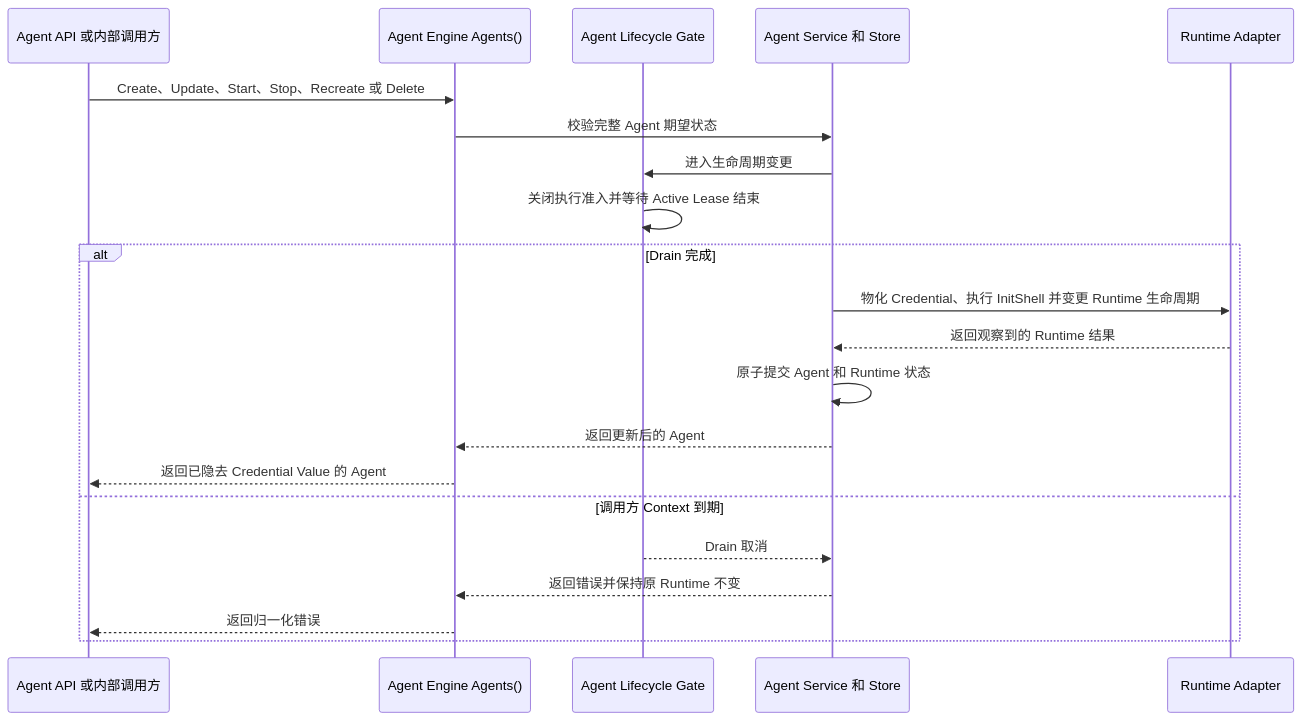
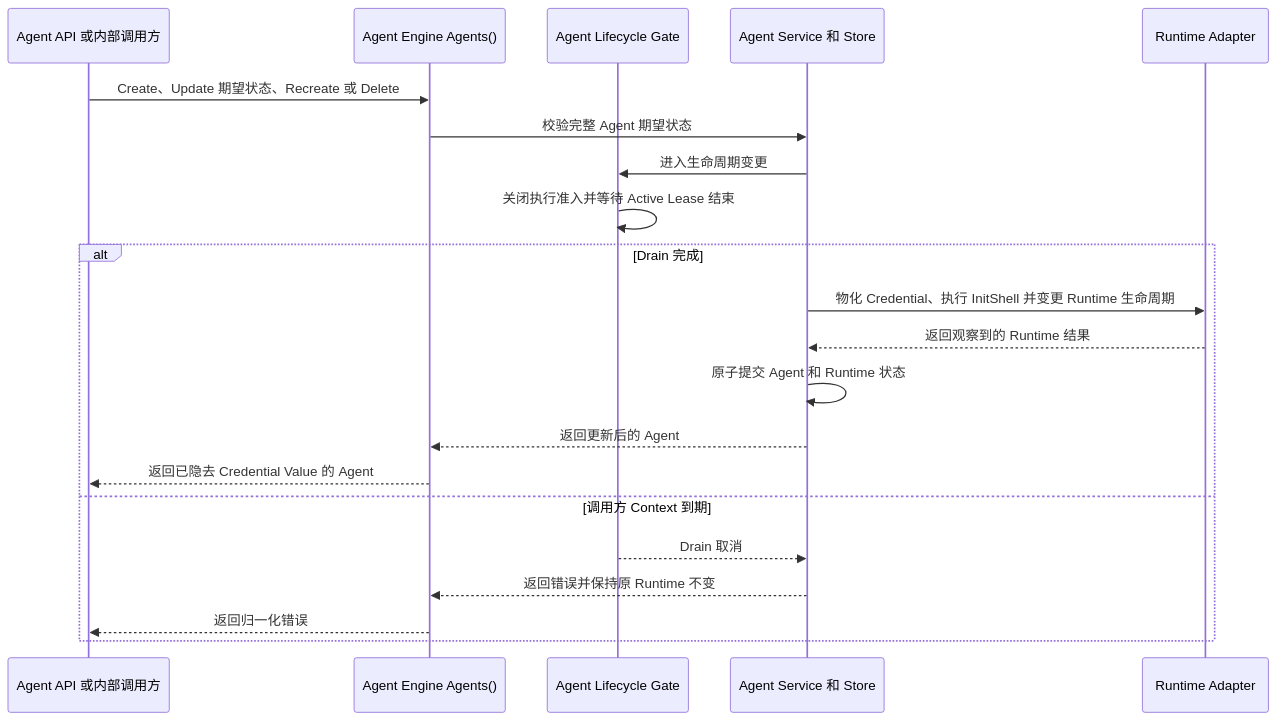
The second of 3 diagrams in docs/tech/agent-engine-decoupling.zh.md (GatewayJ/csgclaw), drawn with Mermaid before and after one commit. The commit also changed other lines of this file and 48 other files, not shown here.

````diff
--- a/docs/tech/agent-engine-decoupling.zh.md
+++ b/docs/tech/agent-engine-decoupling.zh.md
@@ -142,24 +142,24 @@
 ```mermaid
 sequenceDiagram
     participant Caller as Agent API 或内部调用方
     participant Engine as Agent Engine Agents()
     participant Gate as Agent Lifecycle Gate
     participant Service as Agent Service 和 Store
     participant Runtime as Runtime Adapter
 
-    Caller->>Engine: Create、Update、Start、Stop、Recreate 或 Delete
+    Caller->>Engine: Create、Update 期望状态、Recreate 或 Delete
     Engine->>Service: 校验完整 Agent 期望状态
     Service->>Gate: 进入生命周期变更
     Gate->>Gate: 关闭执行准入并等待 Active Lease 结束
     alt Drain 完成
         Service->>Runtime: 物化 Credential、执行 InitShell 并变更 Runtime 生命周期
         Runtime-->>Service: 返回观察到的 Runtime 结果
         Service->>Service: 原子提交 Agent 和 Runtime 状态
         Service-->>Engine: 返回更新后的 Agent
         Engine-->>Caller: 返回已隐去 Credential Value 的 Agent
     else 调用方 Context 到期
         Gate-->>Service: Drain 取消
         Service-->>Engine: 返回错误并保持原 Runtime 不变
         Engine-->>Caller: 返回归一化错误
     end
 ```
````
